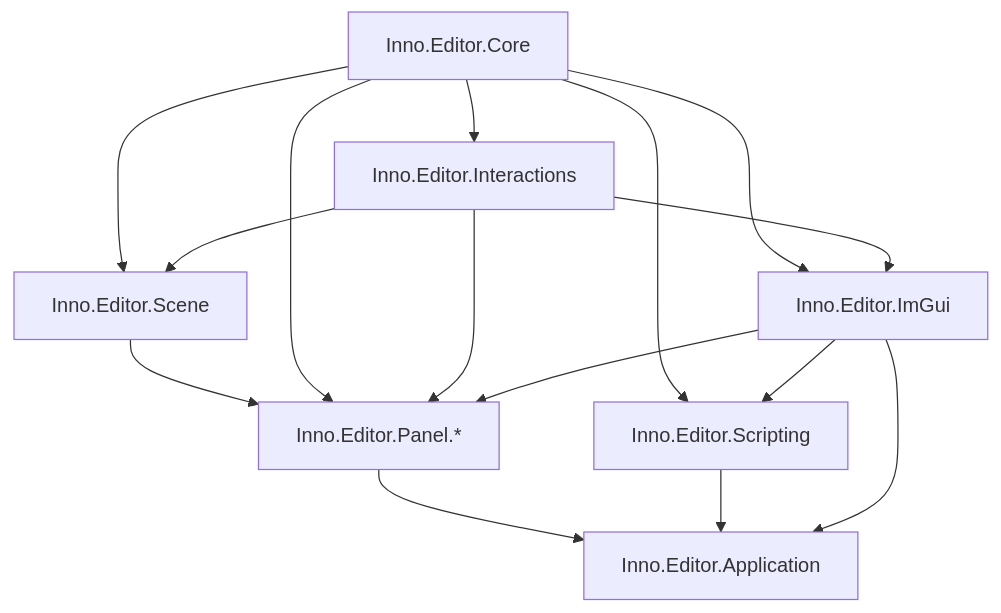
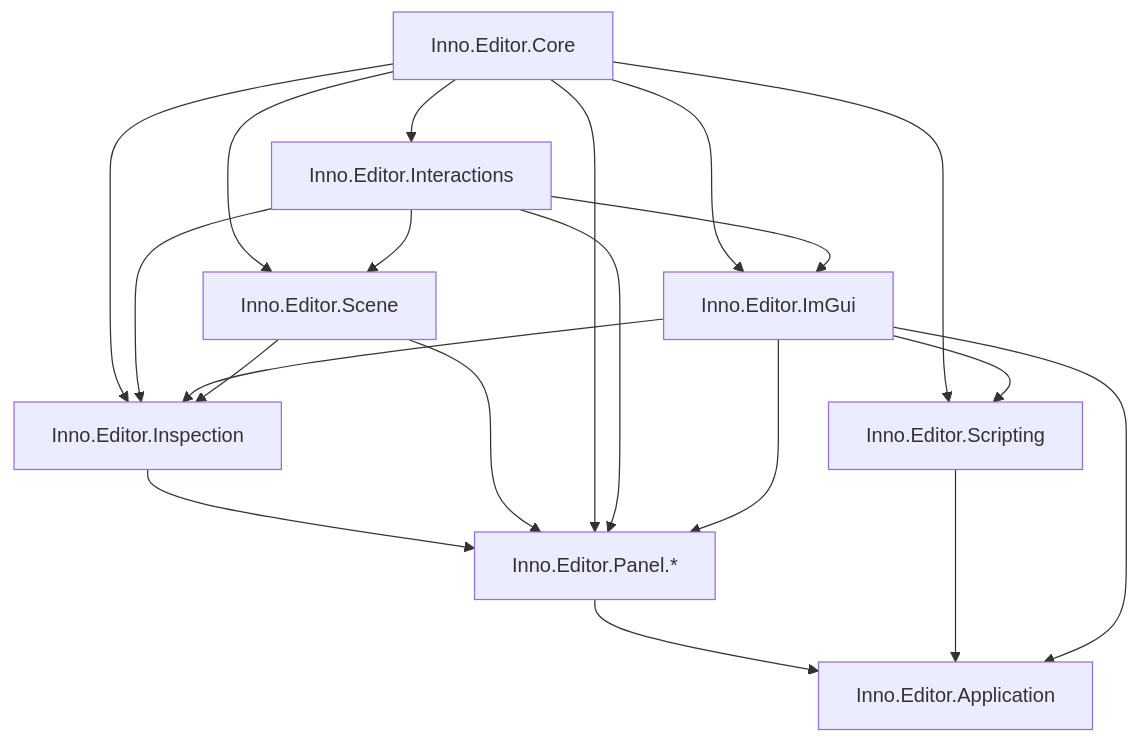
The diagram in docs/editor/README.md (FLwolfy/InnoEngine), drawn with Mermaid before and after one commit. The commit also changed other lines of this file and 96 other files, not shown here.

Commit message:
Separate Project to Inno.Editor.Inspection

````diff
--- a/docs/editor/README.md
+++ b/docs/editor/README.md
@@ -25,17 +26,22 @@
 ```mermaid
 flowchart TD
     Core["Inno.Editor.Core"] --> Interactions["Inno.Editor.Interactions"]
     Core --> ImGui["Inno.Editor.ImGui"]
     Interactions --> ImGui
+    Core --> Inspection["Inno.Editor.Inspection"]
+    Interactions --> Inspection
+    ImGui --> Inspection
     Core --> Scene["Inno.Editor.Scene"]
     Interactions --> Scene
+    Scene --> Inspection
+    Inspection --> Panels
     Scene --> Panels["Inno.Editor.Panel.*"]
     Core --> Panels
     Interactions --> Panels
     ImGui --> Panels
     Core --> Scripting["Inno.Editor.Scripting"]
     ImGui --> Scripting
     Panels --> Application["Inno.Editor.Application"]
     Scripting --> Application
     ImGui --> Application
 ```
````
